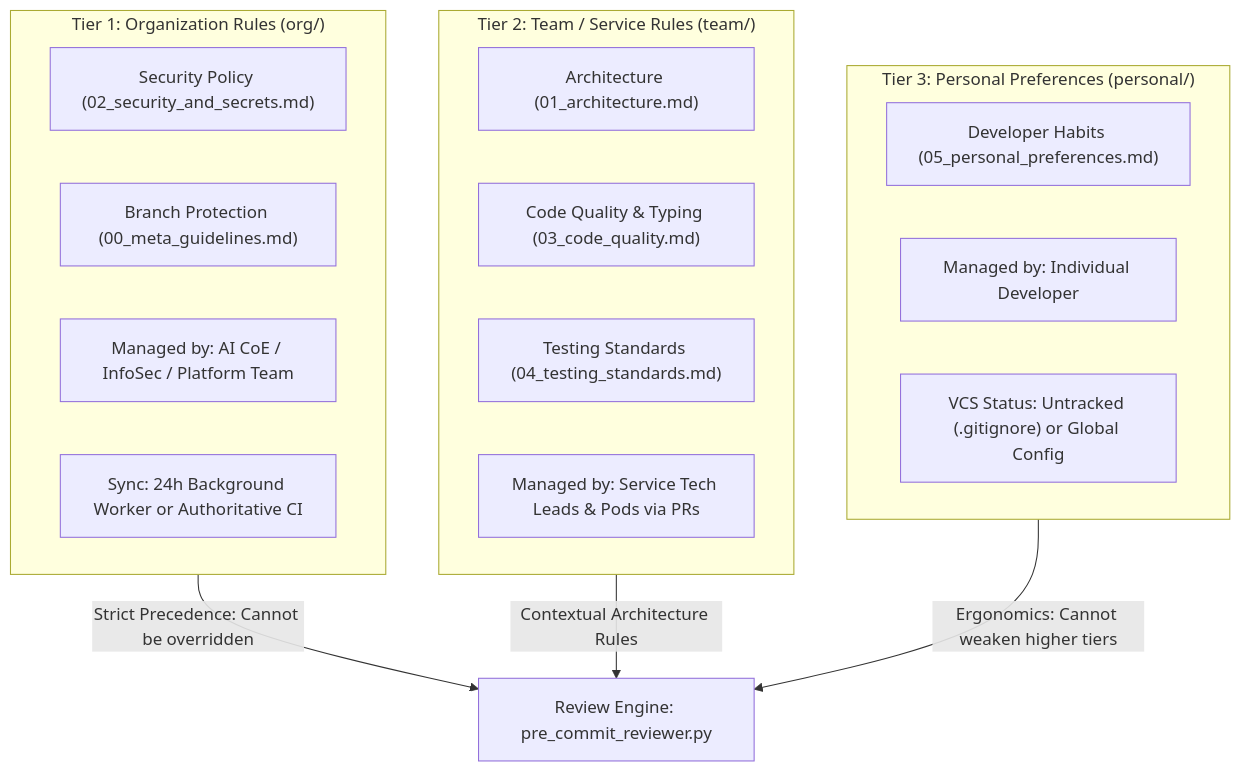
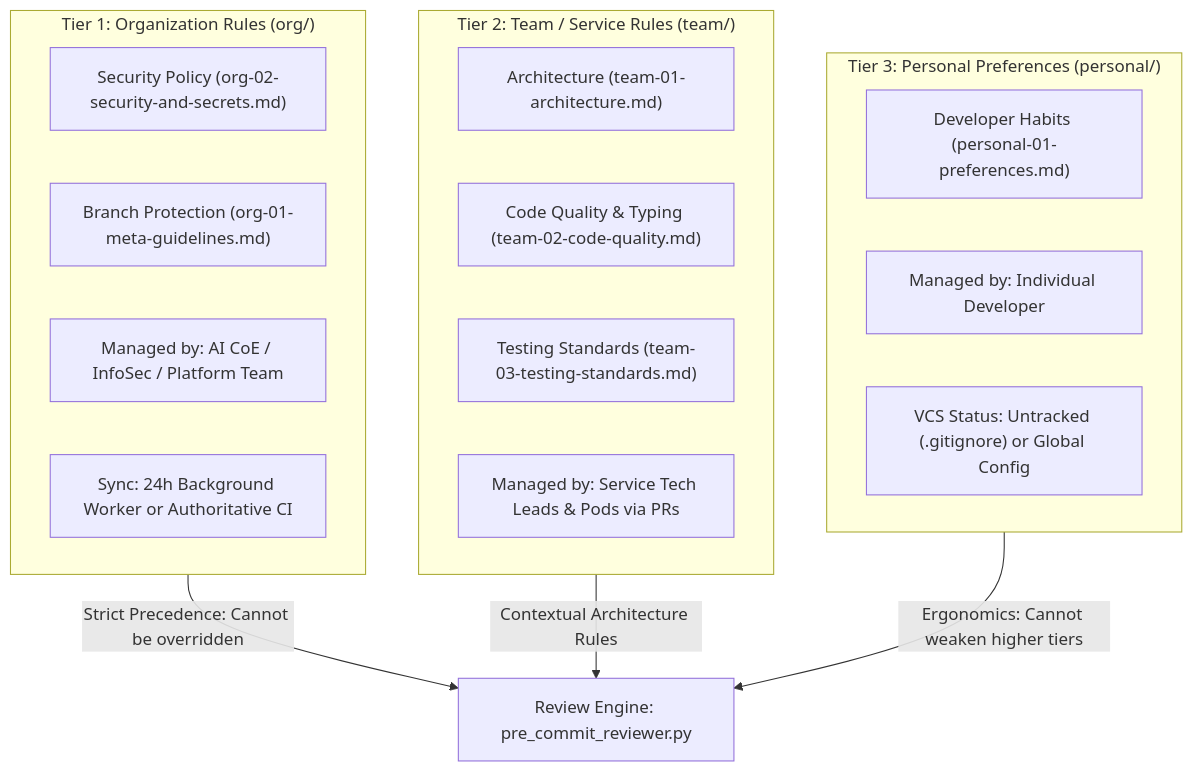
The first of 2 diagrams in README.md (buildwithdc/agentic-dev-starter-kit), drawn with Mermaid before and after one commit. The commit also changed other lines of this file and 18 other files, not shown here.

````diff
--- a/README.md
+++ b/README.md
@@ -27,26 +27,26 @@
 ```mermaid
 flowchart TD
     subgraph Tier1 ["Tier 1: Organization Rules (org/)"]
-        O1["Security Policy (02_security_and_secrets.md)"]
-        O2["Branch Protection (00_meta_guidelines.md)"]
+        O1["Security Policy (org-02-security-and-secrets.md)"]
+        O2["Branch Protection (org-01-meta-guidelines.md)"]
         O3["Managed by: AI CoE / InfoSec / Platform Team"]
         O4["Sync: 24h Background Worker or Authoritative CI"]
     end
 
     subgraph Tier2 ["Tier 2: Team / Service Rules (team/)"]
-        T1["Architecture (01_architecture.md)"]
-        T2["Code Quality & Typing (03_code_quality.md)"]
-        T3["Testing Standards (04_testing_standards.md)"]
+        T1["Architecture (team-01-architecture.md)"]
+        T2["Code Quality & Typing (team-02-code-quality.md)"]
+        T3["Testing Standards (team-03-testing-standards.md)"]
         T4["Managed by: Service Tech Leads & Pods via PRs"]
     end
 
     subgraph Tier3 ["Tier 3: Personal Preferences (personal/)"]
-        P1["Developer Habits (05_personal_preferences.md)"]
+        P1["Developer Habits (personal-01-preferences.md)"]
         P2["Managed by: Individual Developer"]
         P3["VCS Status: Untracked (.gitignore) or Global Config"]
     end
 
     Tier1 -->|Strict Precedence: Cannot be overridden| Engine[Review Engine: pre_commit_reviewer.py]
     Tier2 -->|Contextual Architecture Rules| Engine
     Tier3 -->|Ergonomics: Cannot weaken higher tiers| Engine
 ```
````
